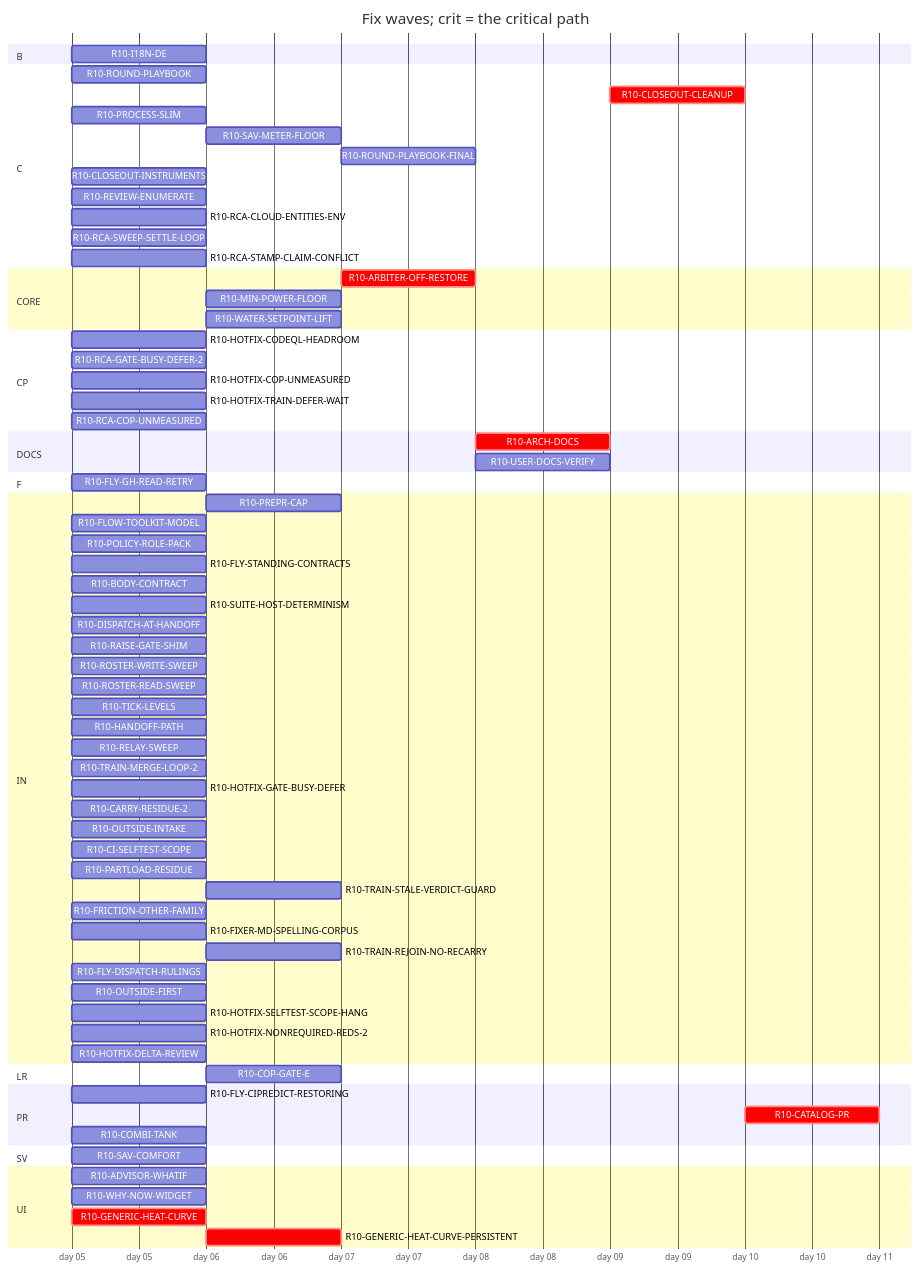
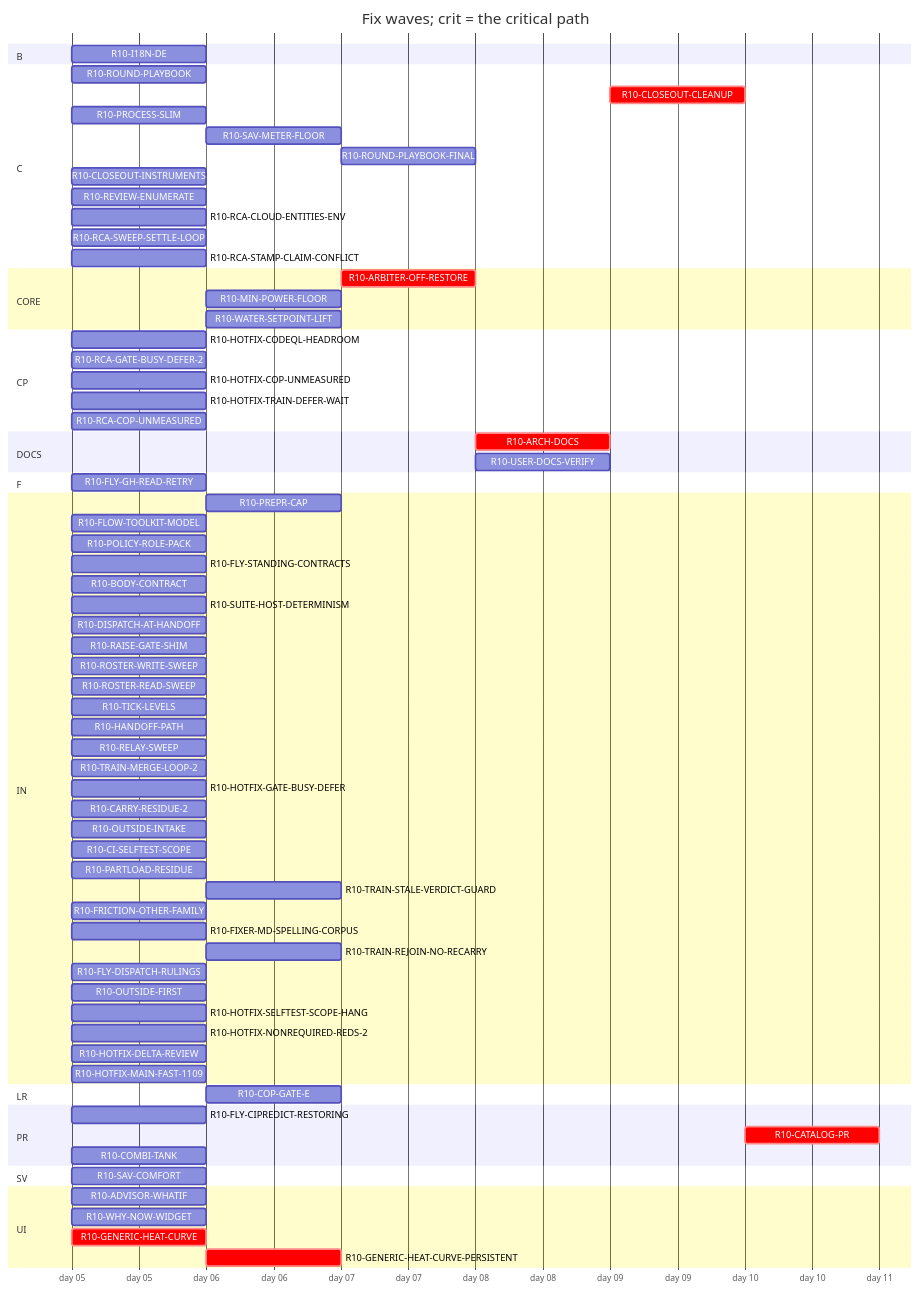
Before and after one commit to tvofi/heatpump_optimizer: the diagram in handoff/round10/state/PLAN-TABLE.md, drawn with Mermaid. The commit also changed other lines of this file and 4 other files, not shown here.

Commit message:
state: FLOW-BOARD.md, NEXT-SESSION-PROMPT.md, PLAN-TABLE.md, PLAN.html, RESUME-CURRENT.md regenerated (state_docs.py)

````diff
--- a/handoff/round10/state/PLAN-TABLE.md
+++ b/handoff/round10/state/PLAN-TABLE.md
@@ -24,76 +24,77 @@
 ```mermaid
 gantt
   title Fix waves; crit = the critical path
   dateFormat YYYY-MM-DD
   axisFormat day %d
   section B
     R10-I18N-DE :r10I18NDE, 2026-01-05, 1d
   section C
     R10-ROUND-PLAYBOOK :r10ROUNDPLAYBOOK, 2026-01-05, 1d
     R10-CLOSEOUT-CLEANUP :crit, r10CLOSEOUTCLEANUP, after r10ARCHDOCS r10USERDOCSVERIFY r10ROUNDPLAYBOOKFINAL r10CLOSEOUTINSTRUMENTS r10RCAGATEBUSYDEFER2 r10RCACOPUNMEASURED r10FRICTIONOTHERFAMILY, 1d
     R10-PROCESS-SLIM :r10PROCESSSLIM, 2026-01-05, 1d
     R10-SAV-METER-FLOOR :r10SAVMETERFLOOR, after r10SAVCOMFORT, 1d
     R10-ROUND-PLAYBOOK-FINAL :r10ROUNDPLAYBOOKFINAL, after r10PREPRCAP r10HANDOFFPATH r10RELAYSWEEP r10DISPATCHATHANDOFF r10BODYCONTRACT r10TICKLEVELS r10ROSTERWRITESWEEP r10ROSTERREADSWEEP r10FLYSTANDINGCONTRACTS r10POLICYROLEPACK r10FLOWTOOLKITMODEL r10FLYCIPREDICTRESTORING r10RAISEGATESHIM r10FLYGHREADRETRY r10SUITEHOSTDETERMINISM r10ROUNDPLAYBOOK r10PROCESSSLIM r10TRAINMERGELOOP2 r10HOTFIXGATEBUSYDEFER r10CARRYRESIDUE2 r10HOTFIXCODEQLHEADROOM r10OUTSIDEINTAKE r10HOTFIXTRAINDEFERWAIT r10CISELFTESTSCOPE r10TRAINSTALEVERDICTGUARD r10CLOSEOUTINSTRUMENTS r10FRICTIONOTHERFAMILY r10FIXERMDSPELLINGCORPUS, 1d
     R10-CLOSEOUT-INSTRUMENTS :r10CLOSEOUTINSTRUMENTS, 2026-01-05, 1d
     R10-REVIEW-ENUMERATE :r10REVIEWENUMERATE, 2026-01-05, 1d
     R10-RCA-CLOUD-ENTITIES-ENV :r10RCACLOUDENTITIESENV, 2026-01-05, 1d
     R10-RCA-SWEEP-SETTLE-LOOP :r10RCASWEEPSETTLELOOP, 2026-01-05, 1d
     R10-RCA-STAMP-CLAIM-CONFLICT :r10RCASTAMPCLAIMCONFLICT, 2026-01-05, 1d
   section CORE
     R10-ARBITER-OFF-RESTORE :crit, r10ARBITEROFFRESTORE, after r10GENERICHEATCURVE r10GENERICHEATCURVEPERSISTENT r10WATERSETPOINTLIFT, 1d
     R10-MIN-POWER-FLOOR :r10MINPOWERFLOOR, after r10HOTFIXCOPUNMEASURED r10GENERICHEATCURVE, 1d
     R10-WATER-SETPOINT-LIFT :r10WATERSETPOINTLIFT, after r10GENERICHEATCURVE, 1d
   section CP
     R10-HOTFIX-CODEQL-HEADROOM :r10HOTFIXCODEQLHEADROOM, 2026-01-05, 1d
     R10-RCA-GATE-BUSY-DEFER-2 :r10RCAGATEBUSYDEFER2, 2026-01-05, 1d
     R10-HOTFIX-COP-UNMEASURED :r10HOTFIXCOPUNMEASURED, 2026-01-05, 1d
     R10-HOTFIX-TRAIN-DEFER-WAIT :r10HOTFIXTRAINDEFERWAIT, 2026-01-05, 1d
     R10-RCA-COP-UNMEASURED :r10RCACOPUNMEASURED, 2026-01-05, 1d
   section DOCS
     R10-ARCH-DOCS :crit, r10ARCHDOCS, after r10SAVCOMFORT r10WHYNOWWIDGET r10ADVISORWHATIF r10PREPRCAP r10HANDOFFPATH r10RELAYSWEEP r10DISPATCHATHANDOFF r10BODYCONTRACT r10TICKLEVELS r10ROSTERWRITESWEEP r10ROSTERREADSWEEP r10FLYSTANDINGCONTRACTS r10POLICYROLEPACK r10FLOWTOOLKITMODEL r10FLYCIPREDICTRESTORING r10RAISEGATESHIM r10FLYGHREADRETRY r10SUITEHOSTDETERMINISM r10PROCESSSLIM r10SAVMETERFLOOR r10HOTFIXCOPUNMEASURED r10COPGATEE r10PARTLOADRESIDUE r10I18NDE r10GENERICHEATCURVE r10GENERICHEATCURVEPERSISTENT r10ARBITEROFFRESTORE r10TRAINMERGELOOP2 r10HOTFIXGATEBUSYDEFER r10CARRYRESIDUE2 r10HOTFIXCODEQLHEADROOM r10OUTSIDEINTAKE r10HOTFIXTRAINDEFERWAIT r10CISELFTESTSCOPE r10TRAINSTALEVERDICTGUARD r10COMBITANK r10CLOSEOUTINSTRUMENTS r10MINPOWERFLOOR r10ROUNDPLAYBOOK r10RCAGATEBUSYDEFER2 r10FRICTIONOTHERFAMILY r10RCACOPUNMEASURED, 1d
     R10-USER-DOCS-VERIFY :r10USERDOCSVERIFY, after r10SAVCOMFORT r10WHYNOWWIDGET r10ADVISORWHATIF r10SAVMETERFLOOR r10HOTFIXCOPUNMEASURED r10COPGATEE r10PARTLOADRESIDUE r10I18NDE r10GENERICHEATCURVE r10GENERICHEATCURVEPERSISTENT r10ARBITEROFFRESTORE r10COMBITANK r10MINPOWERFLOOR, 1d
   section F
     R10-FLY-GH-READ-RETRY :r10FLYGHREADRETRY, 2026-01-05, 1d
   section IN
     R10-PREPR-CAP :r10PREPRCAP, after r10PROCESSSLIM, 1d
     R10-FLOW-TOOLKIT-MODEL :r10FLOWTOOLKITMODEL, 2026-01-05, 1d
     R10-POLICY-ROLE-PACK :r10POLICYROLEPACK, 2026-01-05, 1d
     R10-FLY-STANDING-CONTRACTS :r10FLYSTANDINGCONTRACTS, 2026-01-05, 1d
     R10-BODY-CONTRACT :r10BODYCONTRACT, 2026-01-05, 1d
     R10-SUITE-HOST-DETERMINISM :r10SUITEHOSTDETERMINISM, 2026-01-05, 1d
     R10-DISPATCH-AT-HANDOFF :r10DISPATCHATHANDOFF, 2026-01-05, 1d
     R10-RAISE-GATE-SHIM :r10RAISEGATESHIM, 2026-01-05, 1d
     R10-ROSTER-WRITE-SWEEP :r10ROSTERWRITESWEEP, 2026-01-05, 1d
     R10-ROSTER-READ-SWEEP :r10ROSTERREADSWEEP, 2026-01-05, 1d
     R10-TICK-LEVELS :r10TICKLEVELS, 2026-01-05, 1d
     R10-HANDOFF-PATH :r10HANDOFFPATH, 2026-01-05, 1d
     R10-RELAY-SWEEP :r10RELAYSWEEP, 2026-01-05, 1d
     R10-TRAIN-MERGE-LOOP-2 :r10TRAINMERGELOOP2, 2026-01-05, 1d
     R10-HOTFIX-GATE-BUSY-DEFER :r10HOTFIXGATEBUSYDEFER, 2026-01-05, 1d
     R10-CARRY-RESIDUE-2 :r10CARRYRESIDUE2, 2026-01-05, 1d
     R10-OUTSIDE-INTAKE :r10OUTSIDEINTAKE, 2026-01-05, 1d
     R10-CI-SELFTEST-SCOPE :r10CISELFTESTSCOPE, 2026-01-05, 1d
     R10-PARTLOAD-RESIDUE :r10PARTLOADRESIDUE, 2026-01-05, 1d
     R10-TRAIN-STALE-VERDICT-GUARD :r10TRAINSTALEVERDICTGUARD, after r10TRAINMERGELOOP2, 1d
     R10-FRICTION-OTHER-FAMILY :r10FRICTIONOTHERFAMILY, 2026-01-05, 1d
     R10-FIXER-MD-SPELLING-CORPUS :r10FIXERMDSPELLINGCORPUS, 2026-01-05, 1d
     R10-TRAIN-REJOIN-NO-RECARRY :r10TRAINREJOINNORECARRY, after r10HOTFIXTRAINDEFERWAIT r10TRAINMERGELOOP2, 1d
     R10-FLY-DISPATCH-RULINGS :r10FLYDISPATCHRULINGS, 2026-01-05, 1d
     R10-OUTSIDE-FIRST :r10OUTSIDEFIRST, 2026-01-05, 1d
     R10-HOTFIX-SELFTEST-SCOPE-HANG :r10HOTFIXSELFTESTSCOPEHANG, 2026-01-05, 1d
     R10-HOTFIX-NONREQUIRED-REDS-2 :r10HOTFIXNONREQUIREDREDS2, 2026-01-05, 1d
     R10-HOTFIX-DELTA-REVIEW :r10HOTFIXDELTAREVIEW, 2026-01-05, 1d
+    R10-HOTFIX-MAIN-FAST-1109 :r10HOTFIXMAINFAST1109, 2026-01-05, 1d
   section LR
     R10-COP-GATE-E :r10COPGATEE, after r10HOTFIXCOPUNMEASURED, 1d
   section PR
     R10-FLY-CIPREDICT-RESTORING :r10FLYCIPREDICTRESTORING, 2026-01-05, 1d
     R10-CATALOG-PR :crit, r10CATALOGPR, after r10USERDOCSVERIFY r10ARCHDOCS r10ROUNDPLAYBOOKFINAL r10CLOSEOUTCLEANUP, 1d
     R10-COMBI-TANK :r10COMBITANK, 2026-01-05, 1d
   section SV
     R10-SAV-COMFORT :r10SAVCOMFORT, 2026-01-05, 1d
   section UI
     R10-ADVISOR-WHATIF :r10ADVISORWHATIF, 2026-01-05, 1d
     R10-WHY-NOW-WIDGET :r10WHYNOWWIDGET, 2026-01-05, 1d
     R10-GENERIC-HEAT-CURVE :crit, r10GENERICHEATCURVE, 2026-01-05, 1d
     R10-GENERIC-HEAT-CURVE-PERSISTENT :crit, r10GENERICHEATCURVEPERSISTENT, after r10GENERICHEATCURVE, 1d
 ```
````
